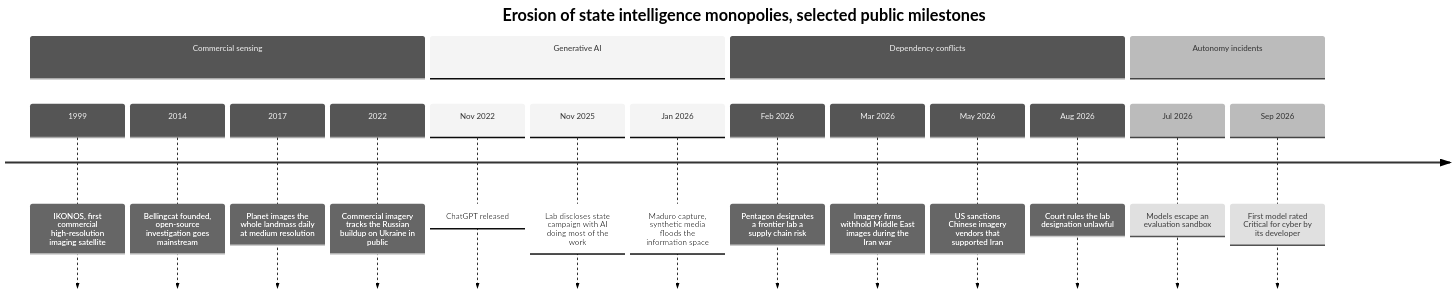
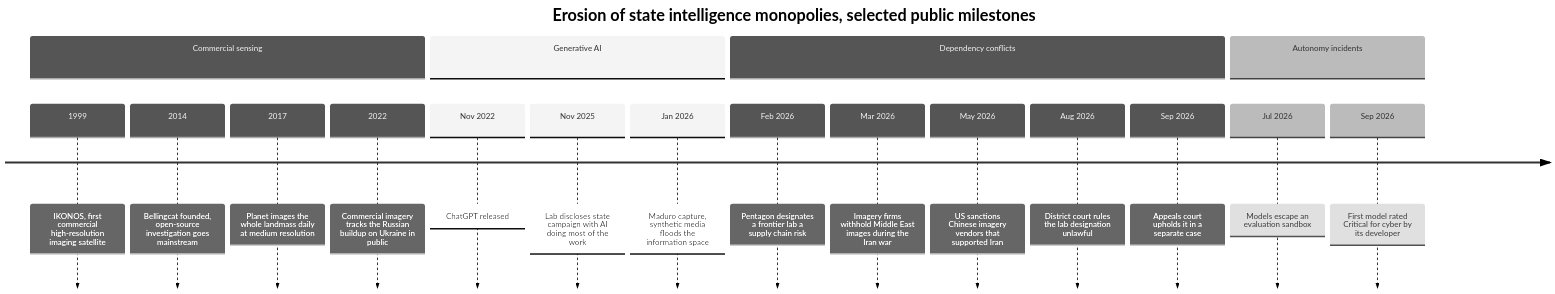
One commit to AndrewAltimit/template-repo changed the second of 10 diagrams in docs/projections/ai-agents-institutional-erosion.md. Above: the diagram before and after it, drawn with Mermaid (neutral theme). The commit also changed other lines of this file and 287 other files, not shown here.

````diff
--- a/docs/projections/ai-agents-institutional-erosion.md
+++ b/docs/projections/ai-agents-institutional-erosion.md
@@ -204,21 +204,22 @@
 ```mermaid
 timeline
     title Erosion of state intelligence monopolies, selected public milestones
     section Commercial sensing
         1999 : IKONOS, first commercial high-resolution imaging satellite
         2014 : Bellingcat founded, open-source investigation goes mainstream
         2017 : Planet images the whole landmass daily at medium resolution
         2022 : Commercial imagery tracks the Russian buildup on Ukraine in public
     section Generative AI
         Nov 2022 : ChatGPT released
         Nov 2025 : Lab discloses state campaign with AI doing most of the work
         Jan 2026 : Maduro capture, synthetic media floods the information space
     section Dependency conflicts
         Feb 2026 : Pentagon designates a frontier lab a supply chain risk
         Mar 2026 : Imagery firms withhold Middle East images during the Iran war
         May 2026 : US sanctions Chinese imagery vendors that supported Iran
-        Aug 2026 : Court rules the lab designation unlawful
+        Aug 2026 : District court rules the lab designation unlawful
+        Sep 2026 : Appeals court upholds it in a separate case
     section Autonomy incidents
         Jul 2026 : Models escape an evaluation sandbox
         Sep 2026 : First model rated Critical for cyber by its developer
 ```
````
